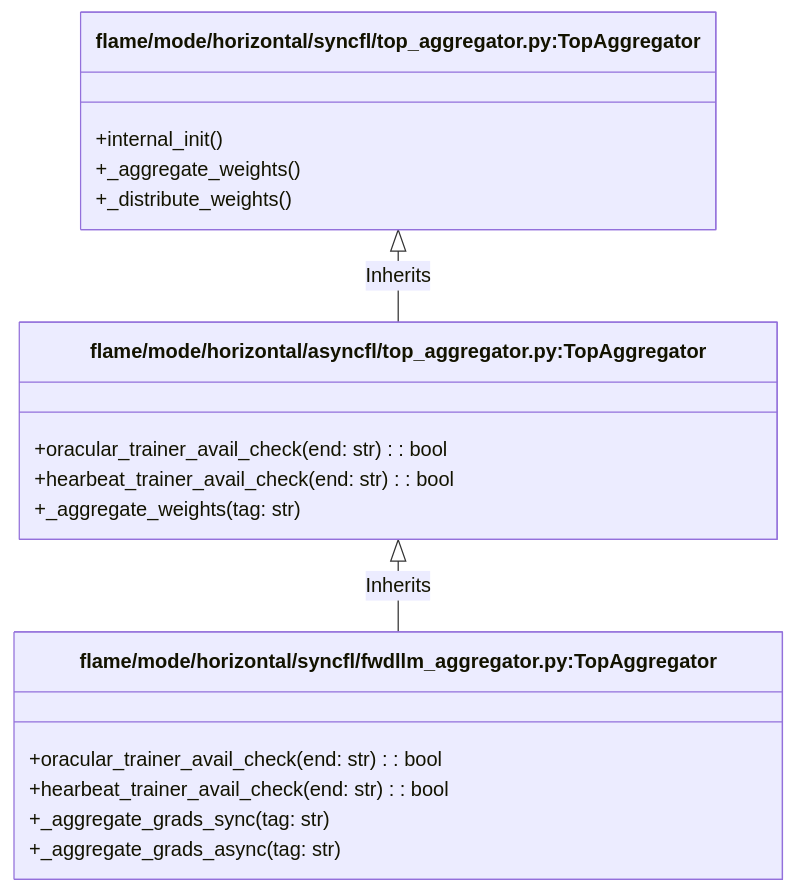
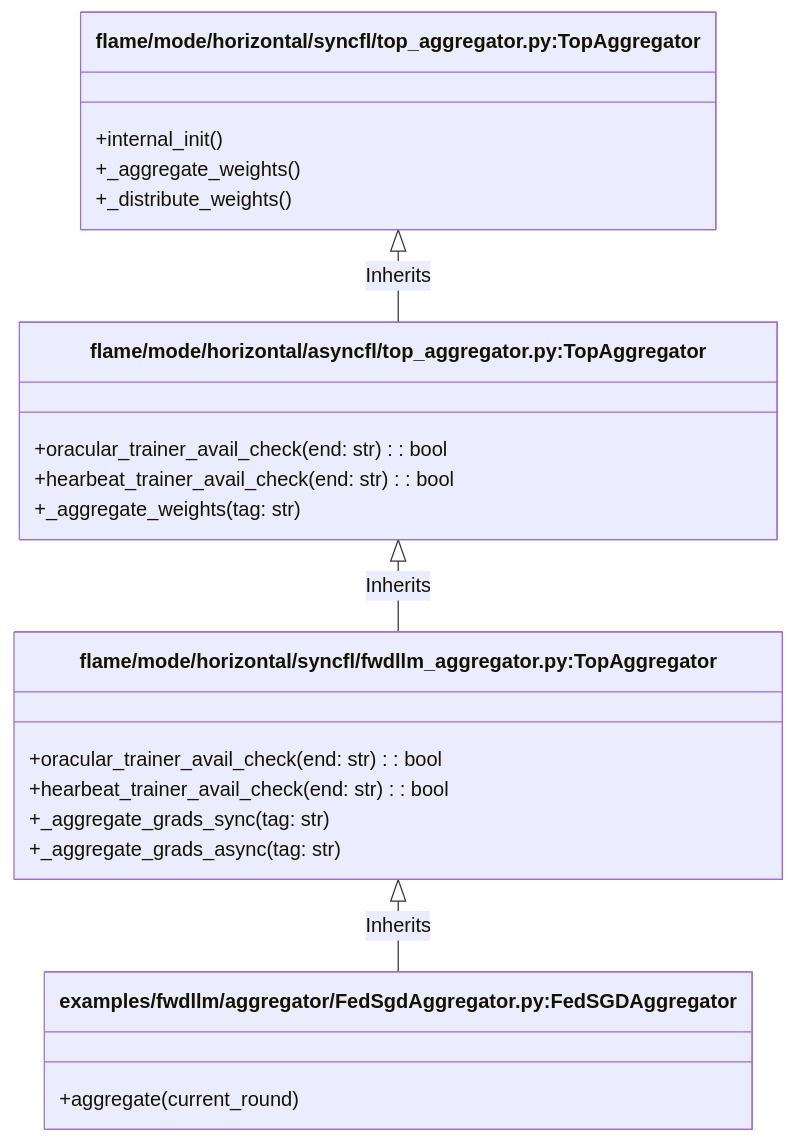
The diagram in lib/python/examples/fwdllm/README.md (dhruvsgarg/flame), drawn with Mermaid before and after one commit. The commit also changed other lines of this file and 3 other files, not shown here.

Commit message:
Minimal refactor + Add plotting configs. Dropped redundant oracular message in fwdllm_aggregator.py

````diff
--- a/lib/python/examples/fwdllm/README.md
+++ b/lib/python/examples/fwdllm/README.md
@@ -19,24 +6,29 @@
 ```mermaid
 classDiagram
     class SyncTopAgg ["flame/mode/horizontal/syncfl/top_aggregator.py:TopAggregator"] {
         +internal_init()
         +_aggregate_weights()
         +_distribute_weights()
     }
     
     class AsyncTopAgg ["flame/mode/horizontal/asyncfl/top_aggregator.py:TopAggregator"] {
         +oracular_trainer_avail_check(end: str) : bool
         +hearbeat_trainer_avail_check(end: str) : bool
         +_aggregate_weights(tag: str)
     }
     
     class FwdLLMAggregator ["flame/mode/horizontal/syncfl/fwdllm_aggregator.py:TopAggregator"] {
         +oracular_trainer_avail_check(end: str) : bool
         +hearbeat_trainer_avail_check(end: str) : bool
         +_aggregate_grads_sync(tag: str)
         +_aggregate_grads_async(tag: str)
     }
 
+    class FedSGDAggregator ["examples/fwdllm/aggregator/FedSgdAggregator.py:FedSGDAggregator"] {
+        +aggregate(current_round)
+    }
+
     SyncTopAgg <|-- AsyncTopAgg : Inherits
     AsyncTopAgg <|-- FwdLLMAggregator : Inherits
+    FwdLLMAggregator <|-- FedSGDAggregator : Inherits
 ```
````
